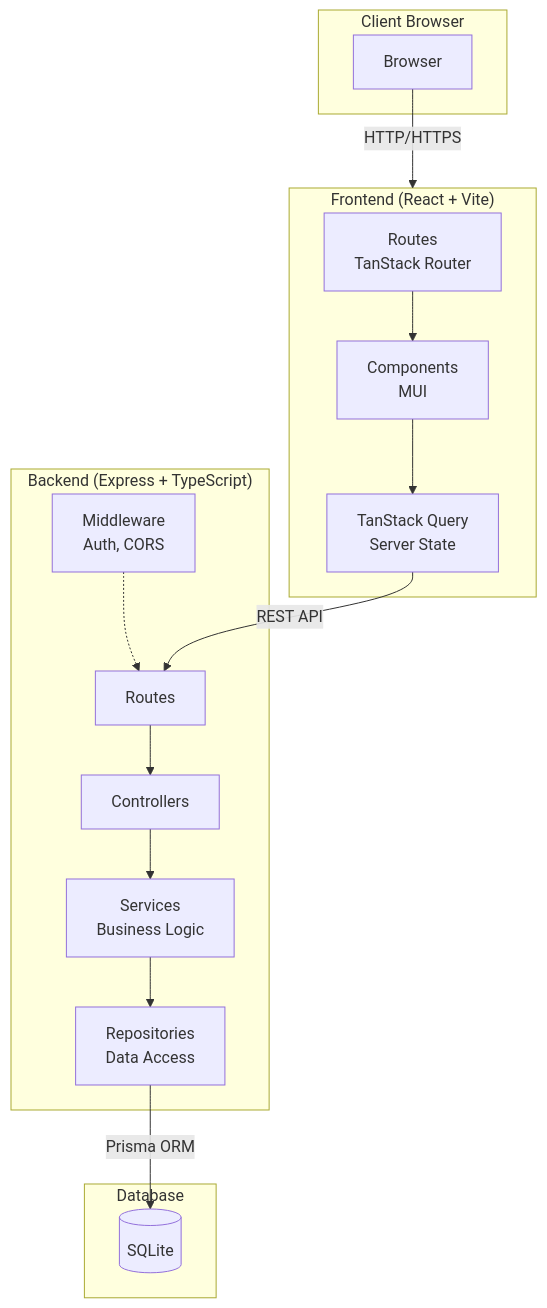
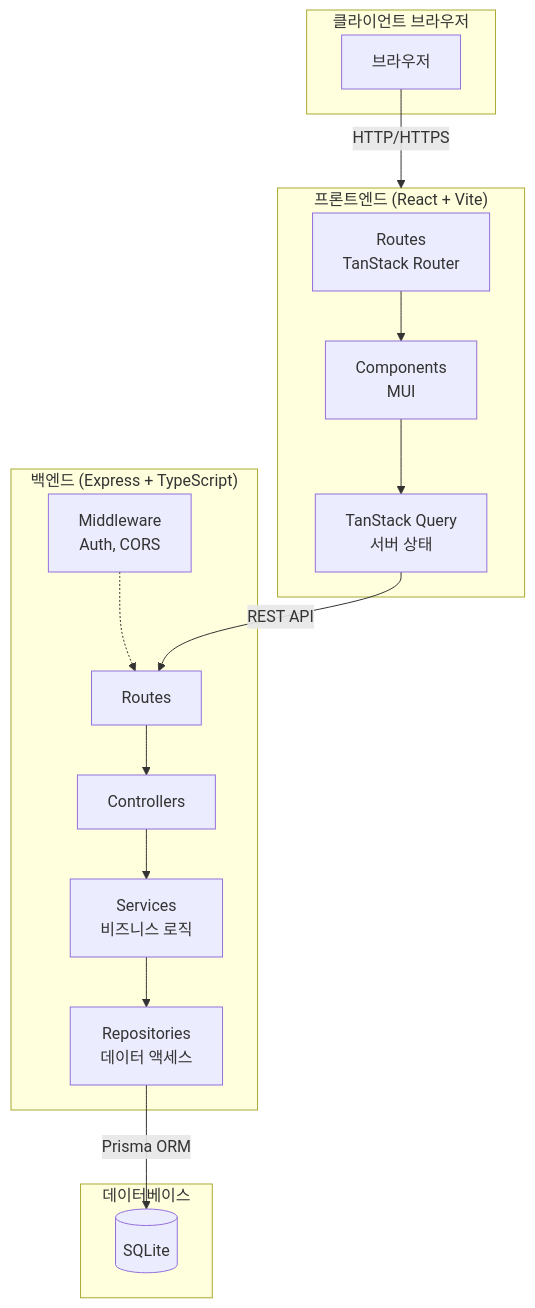
The first of 6 diagrams in docs/Architecture.md (serithemage/claude-code-demo), drawn with Mermaid before and after one commit. The commit also changed other lines of this file and 61 other files, not shown here.

````diff
--- a/docs/Architecture.md
+++ b/docs/Architecture.md
@@ -7,31 +7,31 @@
 ```mermaid
 flowchart TB
-    subgraph Client["Client Browser"]
-        Browser[Browser]
+    subgraph Client["클라이언트 브라우저"]
+        Browser[브라우저]
     end
 
-    subgraph Frontend["Frontend (React + Vite)"]
+    subgraph Frontend["프론트엔드 (React + Vite)"]
         Routes[Routes<br/>TanStack Router]
         Components[Components<br/>MUI]
-        Query[TanStack Query<br/>Server State]
+        Query[TanStack Query<br/>서버 상태]
         Routes --> Components --> Query
     end
 
-    subgraph Backend["Backend (Express + TypeScript)"]
+    subgraph Backend["백엔드 (Express + TypeScript)"]
         BRoutes[Routes]
         Controllers[Controllers]
-        Services[Services<br/>Business Logic]
+        Services[Services<br/>비즈니스 로직]
         Middleware[Middleware<br/>Auth, CORS]
-        Repositories[Repositories<br/>Data Access]
+        Repositories[Repositories<br/>데이터 액세스]
         BRoutes --> Controllers --> Services --> Repositories
         Middleware -.-> BRoutes
     end
 
-    subgraph Database["Database"]
+    subgraph Database["데이터베이스"]
         SQLite[(SQLite)]
     end
 
     Browser -->|HTTP/HTTPS| Frontend
     Query -->|REST API| BRoutes
     Repositories -->|Prisma ORM| SQLite
 ```
````
